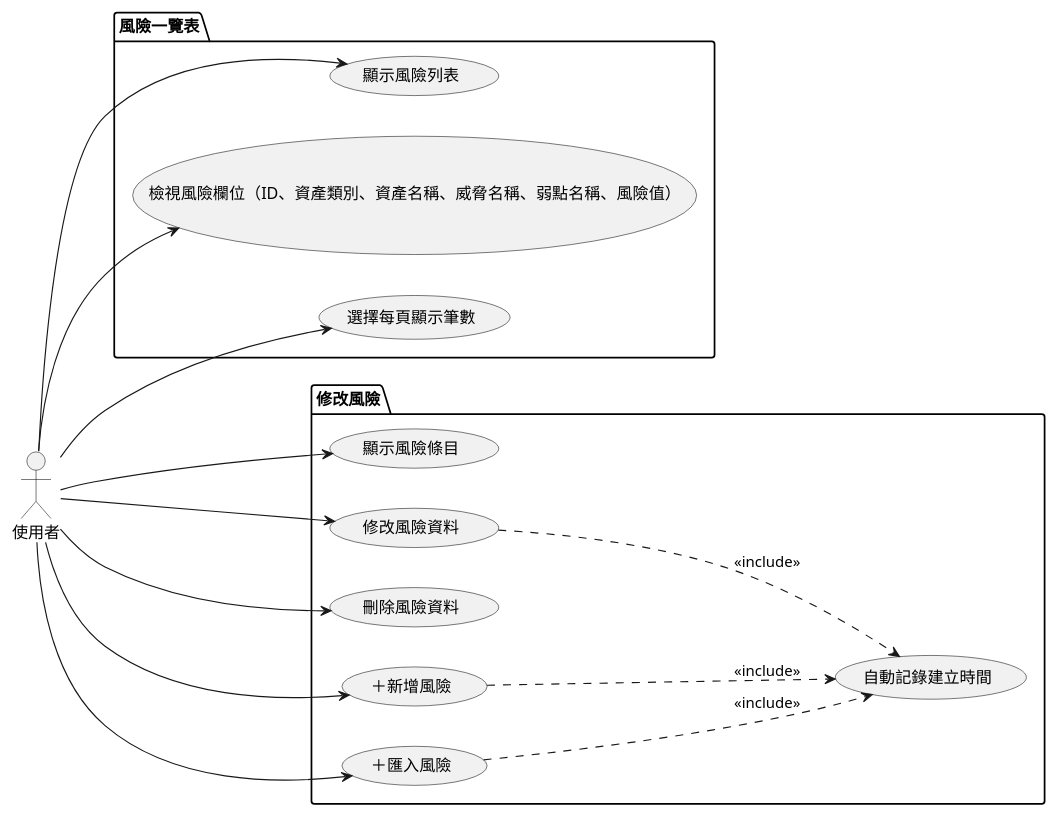
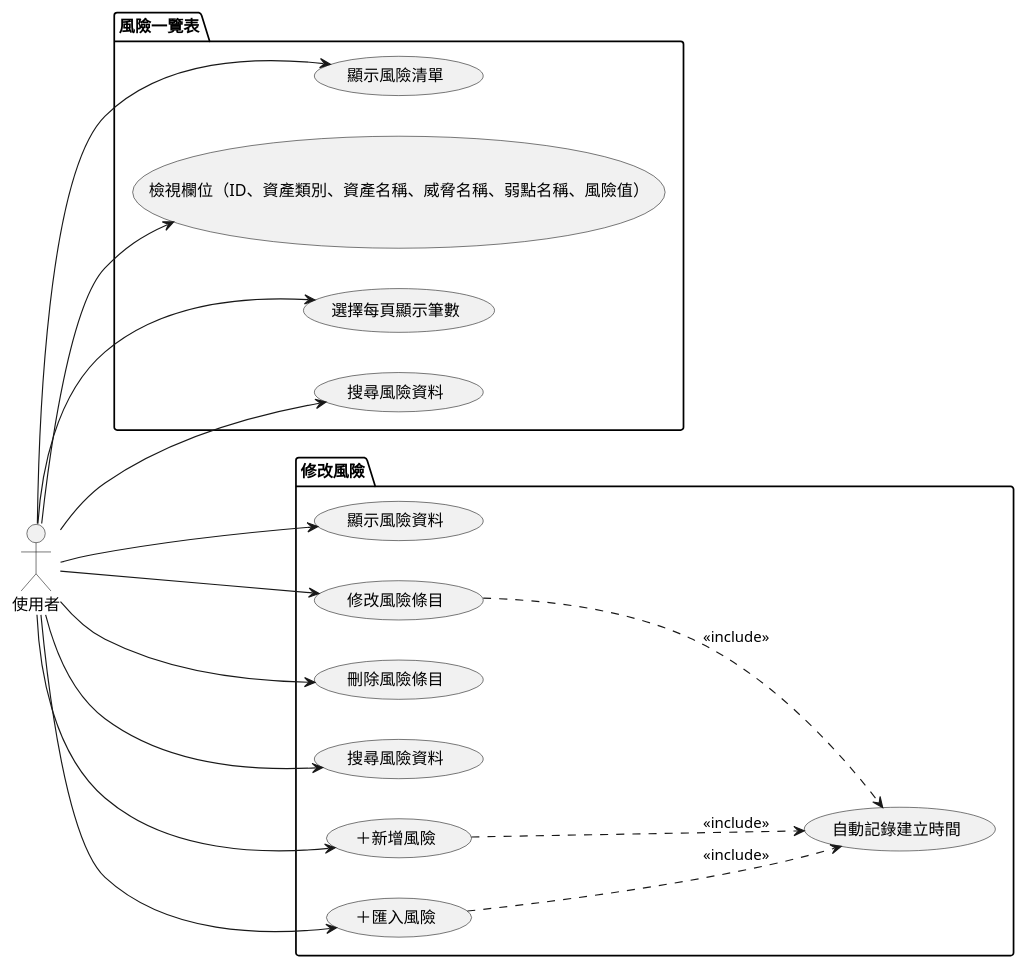
Before and after one commit to walle45611/NTUB_SecuManag_Diagram: the diagram in mermaid/use_case/risk_overview&edit.puml, drawn with PlantUML. The commit also changed 6 other files, not shown here.

```diff
--- a/mermaid/use_case/risk_overview&edit.puml
+++ b/mermaid/use_case/risk_overview&edit.puml
@@ -1,35 +1,39 @@
 @startuml
 
 left to right direction
 
 actor 使用者
 
 package "風險一覽表" {
-    usecase "顯示風險列表" as UC1
-    usecase "檢視風險欄位（ID、資產類別、資產名稱、威脅名稱、弱點名稱、風險值）" as UC2
+    usecase "顯示風險清單" as UC1
+    usecase "檢視欄位（ID、資產類別、資產名稱、威脅名稱、弱點名稱、風險值）" as UC2
     usecase "選擇每頁顯示筆數" as UC3
+    usecase "搜尋風險資料" as UC4
 }
 
 package "修改風險" {
-    usecase "顯示風險條目" as UC4
-    usecase "修改風險資料" as UC5
-    usecase "刪除風險資料" as UC6
-    usecase "＋新增風險" as UC7
-    usecase "＋匯入風險" as UC8
-    usecase "自動記錄建立時間" as UC9
+    usecase "顯示風險資料" as UC5
+    usecase "修改風險條目" as UC6
+    usecase "刪除風險條目" as UC7
+    usecase "搜尋風險資料" as UC8
+    usecase "＋新增風險" as UC9
+    usecase "＋匯入風險" as UC10
+    usecase "自動記錄建立時間" as UC11
 }
 
-UC5 .down.> UC9 : <<include>>
-UC7 .down.> UC9 : <<include>>
-UC8 .down.> UC9 : <<include>>
+UC6 .down.> UC11 : <<include>>
+UC9 .down.> UC11 : <<include>>
+UC10 .down.> UC11 : <<include>>
 
 使用者 --> UC1
 使用者 --> UC2
 使用者 --> UC3
 使用者 --> UC4
 使用者 --> UC5
 使用者 --> UC6
 使用者 --> UC7
 使用者 --> UC8
+使用者 --> UC9
+使用者 --> UC10
 
 @enduml
```
